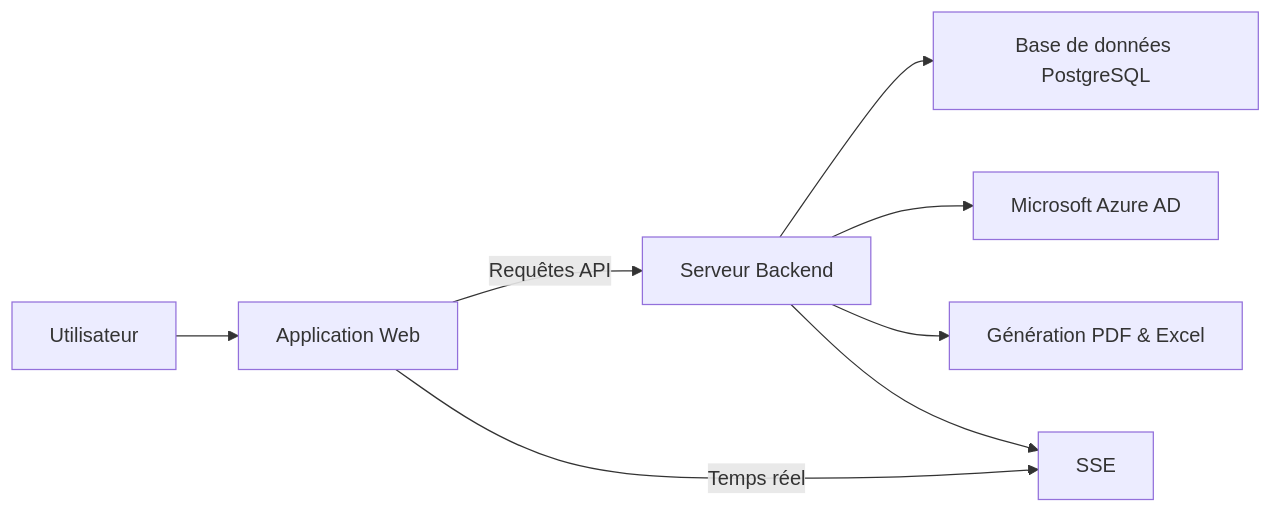
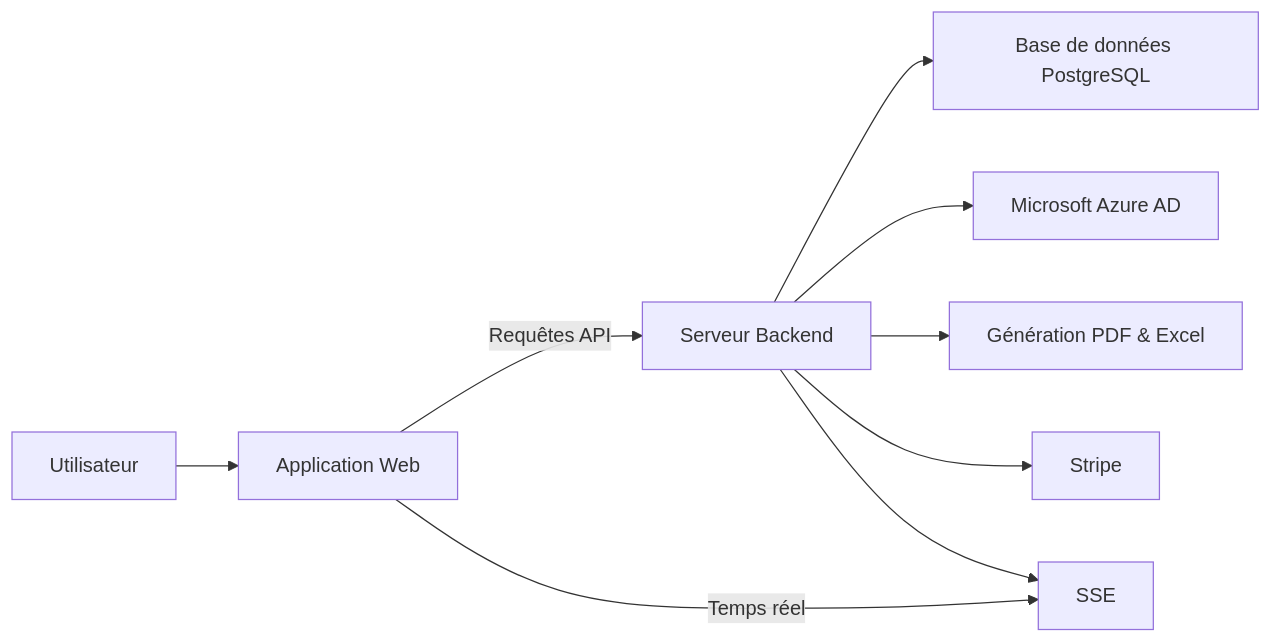
One commit to Wifsimster/copro-pilot changed the first of 2 diagrams in README.md. Above: the diagram before and after it, drawn with Mermaid. The commit also changed other lines of this file and 4 other files, not shown here.

````diff
--- a/README.md
+++ b/README.md
@@ -77,10 +94,11 @@
 ```mermaid
 graph LR
     A[Utilisateur] --> B[Application Web]
     B -->|Requêtes API| C[Serveur Backend]
     B -->|Temps réel| G[SSE]
     C --> D[Base de données PostgreSQL]
     C --> E[Microsoft Azure AD]
     C --> F[Génération PDF & Excel]
+    C --> H[Stripe]
     C --> G
 ```
````
